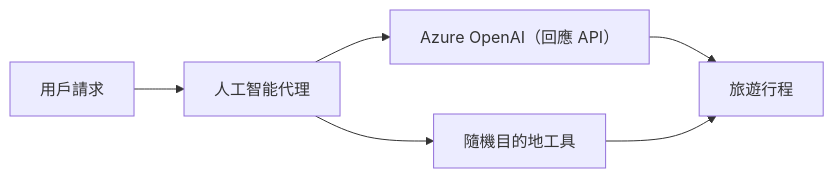
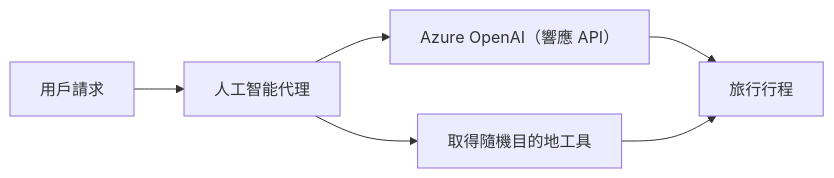
Before and after one commit to venturemavenwill/azureaifundamentals: the diagram in translations/zh-HK/01-intro-to-ai-agents/code_samples/01-dotnet-agent-framework.md, drawn with Mermaid. The commit also changed other lines of this file and 2002 other files, not shown here.

````diff
--- a/translations/zh-HK/01-intro-to-ai-agents/code_samples/01-dotnet-agent-framework.md
+++ b/translations/zh-HK/01-intro-to-ai-agents/code_samples/01-dotnet-agent-framework.md
@@ -32,8 +32,8 @@
 ```mermaid
 graph LR
     A[用戶請求] --> B[人工智能代理]
-    B --> C[Azure OpenAI（回應 API）]
-    B --> D[隨機目的地工具]
-    C --> E[旅遊行程]
+    B --> C[Azure OpenAI（響應 API）]
+    B --> D[取得隨機目的地工具]
+    C --> E[旅行行程]
     D --> E
 ```
````
